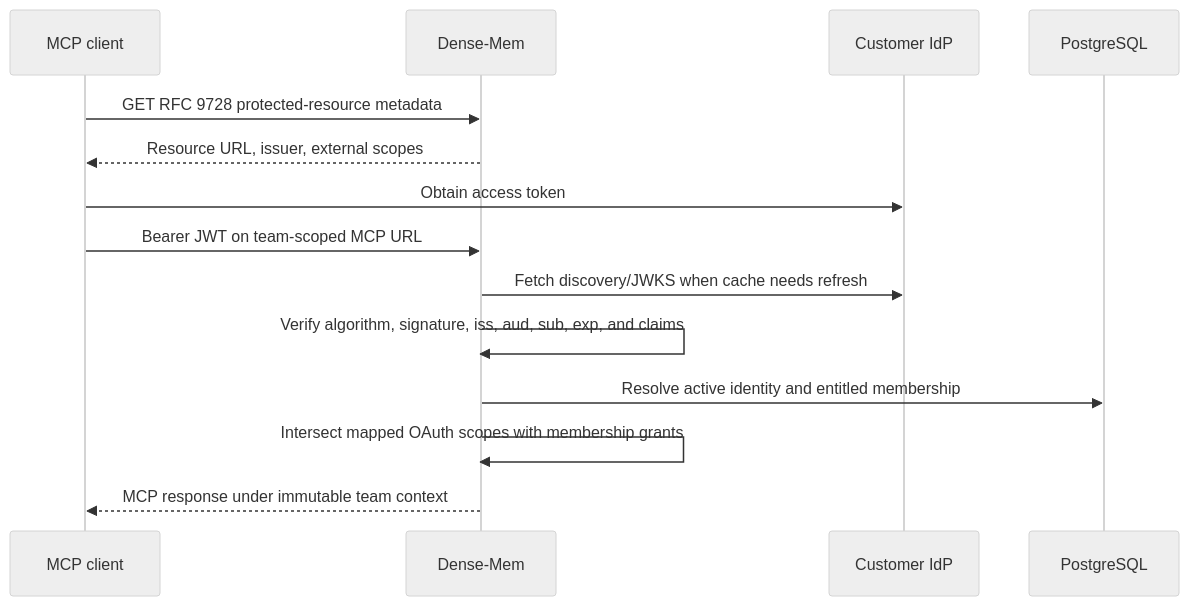
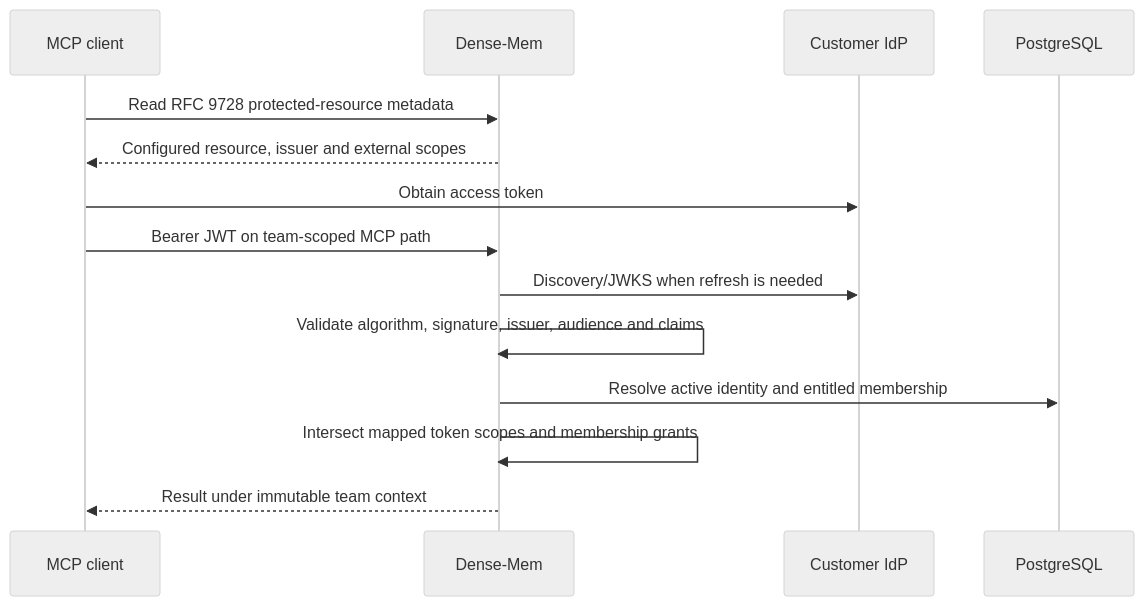
One commit to markhuangai/dense-mem changed the third of 4 diagrams in Request-Lifecycle-And-Security.md. Above: the diagram before and after it, drawn with Mermaid (neutral theme). The commit also changed other lines of this file and 34 other files, not shown here.

````diff
--- a/Request-Lifecycle-And-Security.md
+++ b/Request-Lifecycle-And-Security.md
@@ -145,17 +53,17 @@
 ```mermaid
 %%{init: {"sequence": {"rightAngles": true}}}%%
 sequenceDiagram
   participant C as MCP client
-  participant D as Dense-Mem
-  participant I as Customer IdP
-  participant P as PostgreSQL
-  C->>D: GET RFC 9728 protected-resource metadata
-  D-->>C: Resource URL, issuer, external scopes
-  C->>I: Obtain access token
-  C->>D: Bearer JWT on team-scoped MCP URL
-  D->>I: Fetch discovery/JWKS when cache needs refresh
-  D->>D: Verify algorithm, signature, iss, aud, sub, exp, and claims
-  D->>P: Resolve active identity and entitled membership
-  D->>D: Intersect mapped OAuth scopes with membership grants
-  D-->>C: MCP response under immutable team context
+  participant DM as Dense-Mem
+  participant IdP as Customer IdP
+  participant PG as PostgreSQL
+  C->>DM: Read RFC 9728 protected-resource metadata
+  DM-->>C: Configured resource, issuer and external scopes
+  C->>IdP: Obtain access token
+  C->>DM: Bearer JWT on team-scoped MCP path
+  DM->>IdP: Discovery/JWKS when refresh is needed
+  DM->>DM: Validate algorithm, signature, issuer, audience and claims
+  DM->>PG: Resolve active identity and entitled membership
+  DM->>DM: Intersect mapped token scopes and membership grants
+  DM-->>C: Result under immutable team context
 ```
````
